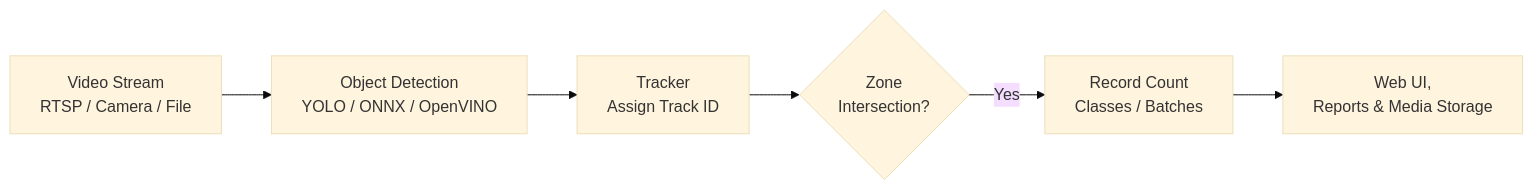
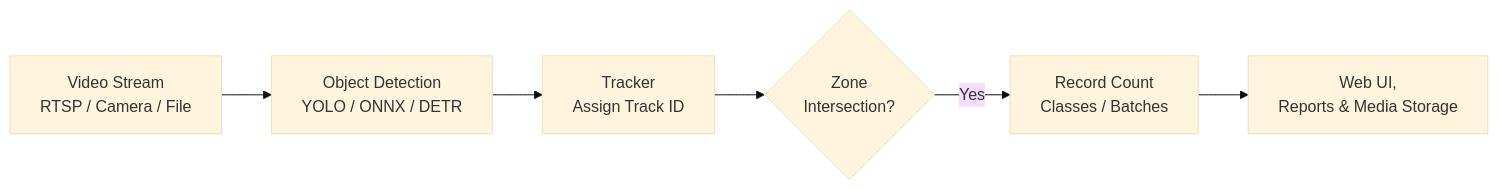
One commit to BespredeL/CVCounter changed the diagram in README_EN.md. Above: the diagram before and after it, drawn with Mermaid (base theme). The commit also changed other lines of this file and 3 other files, not shown here.

Commit message:
docs: harmonize readme and wiki with unified detection architecture

````diff
--- a/README_EN.md
+++ b/README_EN.md
@@ -50,8 +50,8 @@
 ```mermaid
 flowchart LR
-    A[Video Stream<br>RTSP / Camera / File] --> B[Object Detection<br>YOLO / ONNX / OpenVINO]
+    A[Video Stream<br>RTSP / Camera / File] --> B[Object Detection<br>YOLO / ONNX / DETR]
     B --> C[Tracker<br>Assign Track ID]
     C --> D{Zone<br>Intersection?}
     D -- Yes --> E[Record Count<br>Classes / Batches]
     E --> F[Web UI,<br>Reports & Media Storage]
 ```
````
